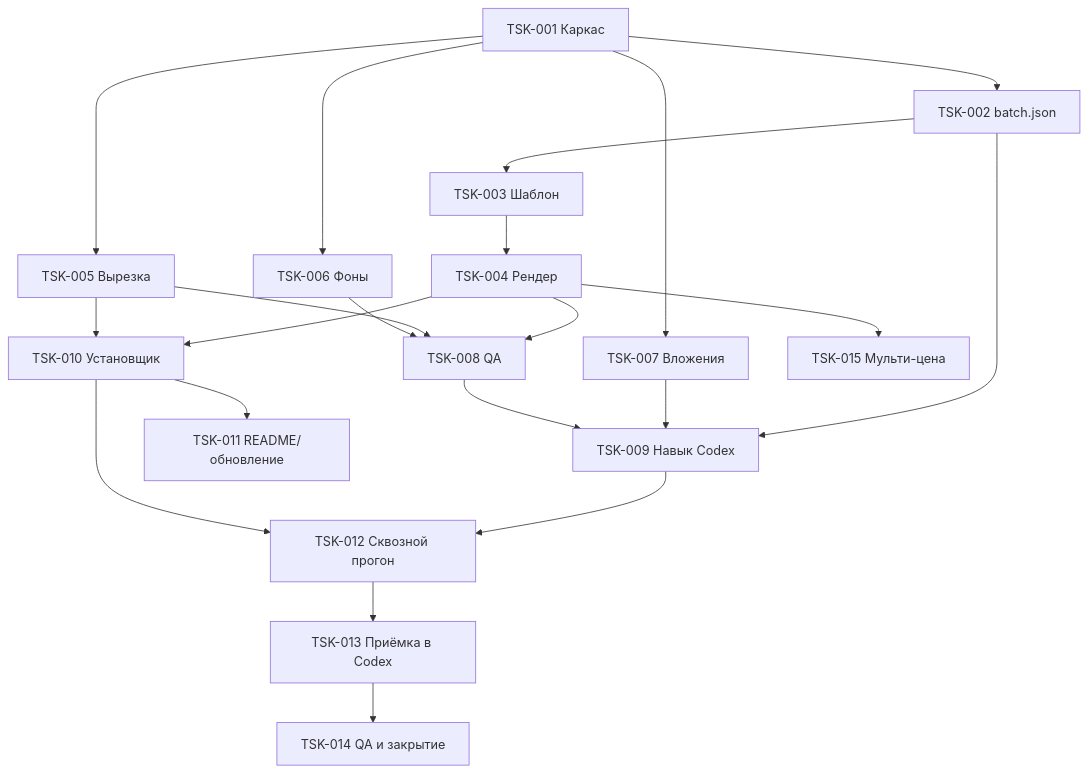
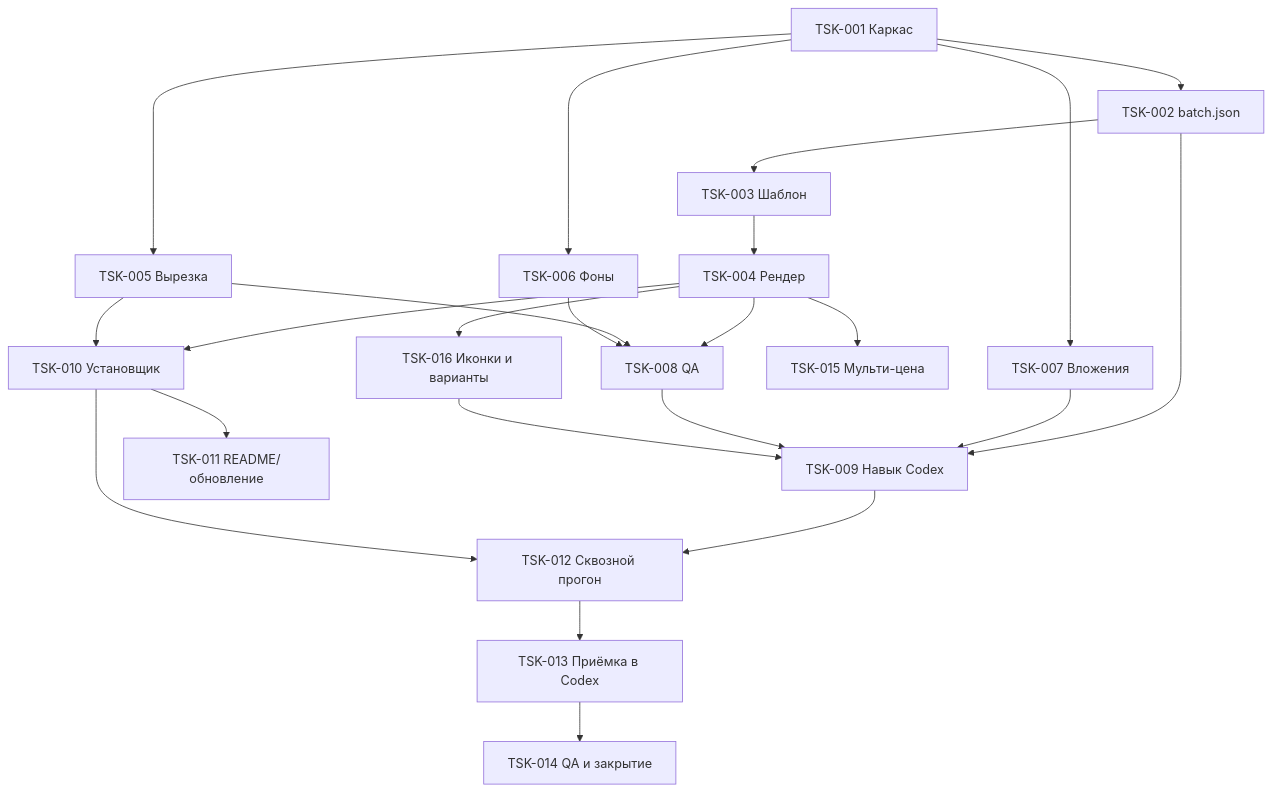
One commit to ivanlarin301/komfort_generator changed the diagram in .kiro/specs/canva-style-cards/tasks.md. Above: the diagram before and after it, drawn with Mermaid. The commit also changed other lines of this file and 2 other files, not shown here.

````diff
--- a/.kiro/specs/canva-style-cards/tasks.md
+++ b/.kiro/specs/canva-style-cards/tasks.md
@@ -182,23 +190,25 @@
 ```mermaid
 graph TD
     T1[TSK-001 Каркас] --> T2[TSK-002 batch.json]
     T2 --> T3[TSK-003 Шаблон]
     T3 --> T4[TSK-004 Рендер]
     T1 --> T5[TSK-005 Вырезка]
     T1 --> T6[TSK-006 Фоны]
     T1 --> T7[TSK-007 Вложения]
     T4 --> T8[TSK-008 QA]
     T5 --> T8
     T6 --> T8
     T2 --> T9[TSK-009 Навык Codex]
     T7 --> T9
     T8 --> T9
     T4 --> T10[TSK-010 Установщик]
     T5 --> T10
     T10 --> T11[TSK-011 README/обновление]
     T9 --> T12[TSK-012 Сквозной прогон]
     T10 --> T12
     T12 --> T13[TSK-013 Приёмка в Codex]
     T13 --> T14[TSK-014 QA и закрытие]
     T4 --> T15[TSK-015 Мульти-цена]
+    T4 --> T16[TSK-016 Иконки и варианты]
+    T16 --> T9
 ```
````
